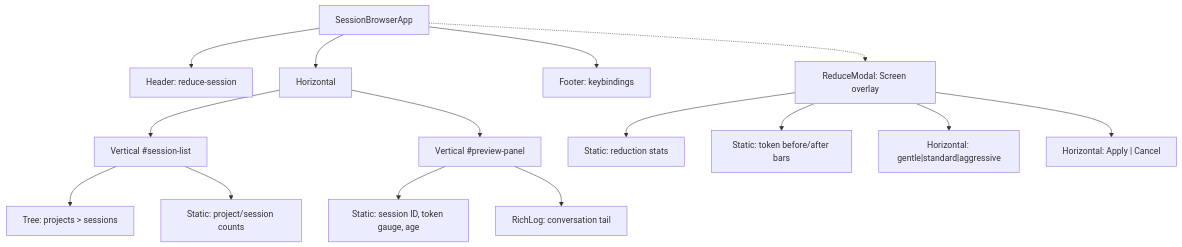
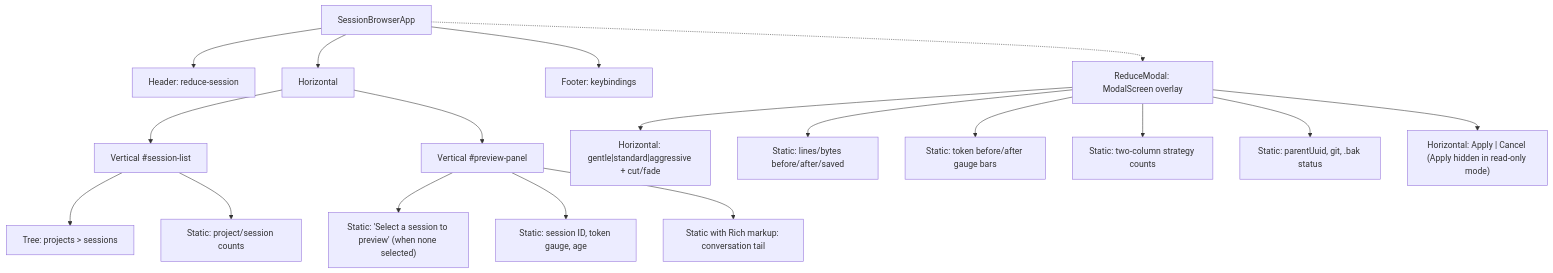
Before and after one commit to fnordpig/reduce-session: the diagram in docs/superpowers/specs/2026-03-23-session-browser-tui-design.md, drawn with Mermaid. The commit also changed other lines of this file, not shown here.

````diff
--- a/docs/superpowers/specs/2026-03-23-session-browser-tui-design.md
+++ b/docs/superpowers/specs/2026-03-23-session-browser-tui-design.md
@@ -35,21 +35,24 @@
 ```mermaid
 graph TD
     App[SessionBrowserApp] --> Header["Header: reduce-session"]
     App --> Main[Horizontal]
     App --> Footer["Footer: keybindings"]
 
     Main --> Left["Vertical #session-list"]
     Main --> Right["Vertical #preview-panel"]
 
     Left --> Tree["Tree: projects > sessions"]
     Left --> AggregateStats["Static: project/session counts"]
 
+    Right --> EmptyState["Static: 'Select a session to preview' (when none selected)"]
     Right --> InfoBar["Static: session ID, token gauge, age"]
-    Right --> ConvoLog["RichLog: conversation tail"]
+    Right --> ConvoLog["Static with Rich markup: conversation tail"]
 
-    App -.-> ReduceModal["ReduceModal: Screen overlay"]
-    ReduceModal --> Stats["Static: reduction stats"]
-    ReduceModal --> TokenViz["Static: token before/after bars"]
-    ReduceModal --> ProfileButtons["Horizontal: gentle|standard|aggressive"]
-    ReduceModal --> Actions["Horizontal: Apply | Cancel"]
+    App -.-> ReduceModal["ReduceModal: ModalScreen overlay"]
+    ReduceModal --> ProfileBar["Horizontal: gentle|standard|aggressive + cut/fade"]
+    ReduceModal --> DryRunStats["Static: lines/bytes before/after/saved"]
+    ReduceModal --> TokenViz["Static: token before/after gauge bars"]
+    ReduceModal --> StrategiesGrid["Static: two-column strategy counts"]
+    ReduceModal --> SafetyChecks["Static: parentUuid, git, .bak status"]
+    ReduceModal --> Actions["Horizontal: Apply | Cancel (Apply hidden in read-only mode)"]
 ```
````
